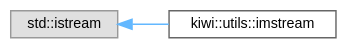
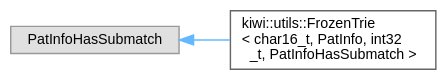
Before and after one commit to bab2min/Kiwi: the diagram in inherit_graph_133.dot, drawn with Graphviz. The commit also changed 180 other files, not shown here.

```diff
--- a/inherit_graph_133.dot
+++ b/inherit_graph_133.dot
@@ -1,11 +1,11 @@
 digraph "Graphical Class Hierarchy"
 {
  // LATEX_PDF_SIZE
   bgcolor="transparent";
   edge [fontname=Helvetica,fontsize=10,labelfontname=Helvetica,labelfontsize=10];
   node [fontname=Helvetica,fontsize=10,shape=box,height=0.2,width=0.4];
   rankdir="LR";
-  Node0 [id="Node000000",label="std::istream",height=0.2,width=0.4,color="grey60", fillcolor="#E0E0E0", style="filled",tooltip=" "];
-  Node0 -> Node1 [id="edge21_Node000000_Node000001",dir="back",color="steelblue1",style="solid",tooltip=" "];
-  Node1 [id="Node000001",label="kiwi::utils::imstream",height=0.2,width=0.4,color="grey40", fillcolor="white", style="filled",URL="$classkiwi_1_1utils_1_1imstream.html",tooltip=" "];
+  Node0 [id="Node000000",label="PatInfoHasSubmatch",height=0.2,width=0.4,color="grey60", fillcolor="#E0E0E0", style="filled",tooltip=" "];
+  Node0 -> Node1 [id="edge18_Node000000_Node000001",dir="back",color="steelblue1",style="solid",tooltip=" "];
+  Node1 [id="Node000001",label="kiwi::utils::FrozenTrie\l\< char16_t, PatInfo, int32\l_t, PatInfoHasSubmatch \>",height=0.2,width=0.4,color="grey40", fillcolor="white", style="filled",URL="$classkiwi_1_1utils_1_1FrozenTrie.html",tooltip=" "];
 }
```
